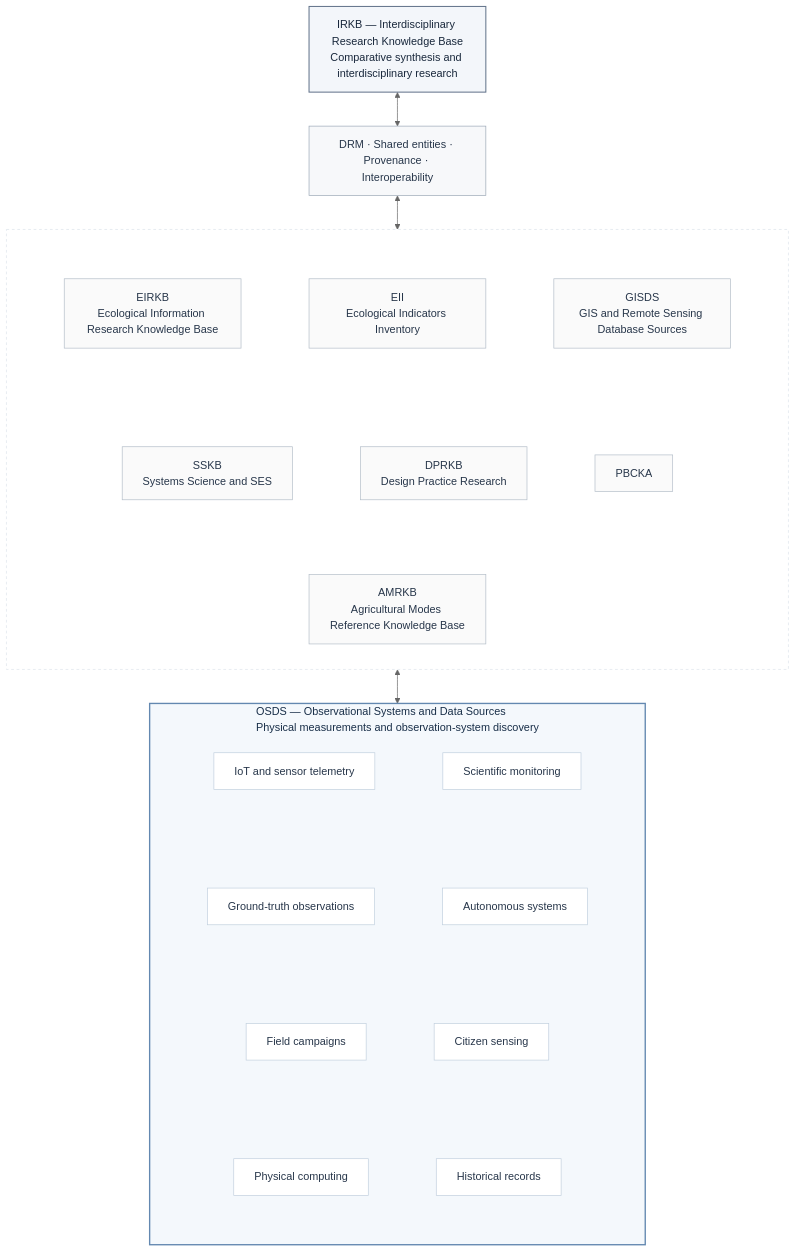
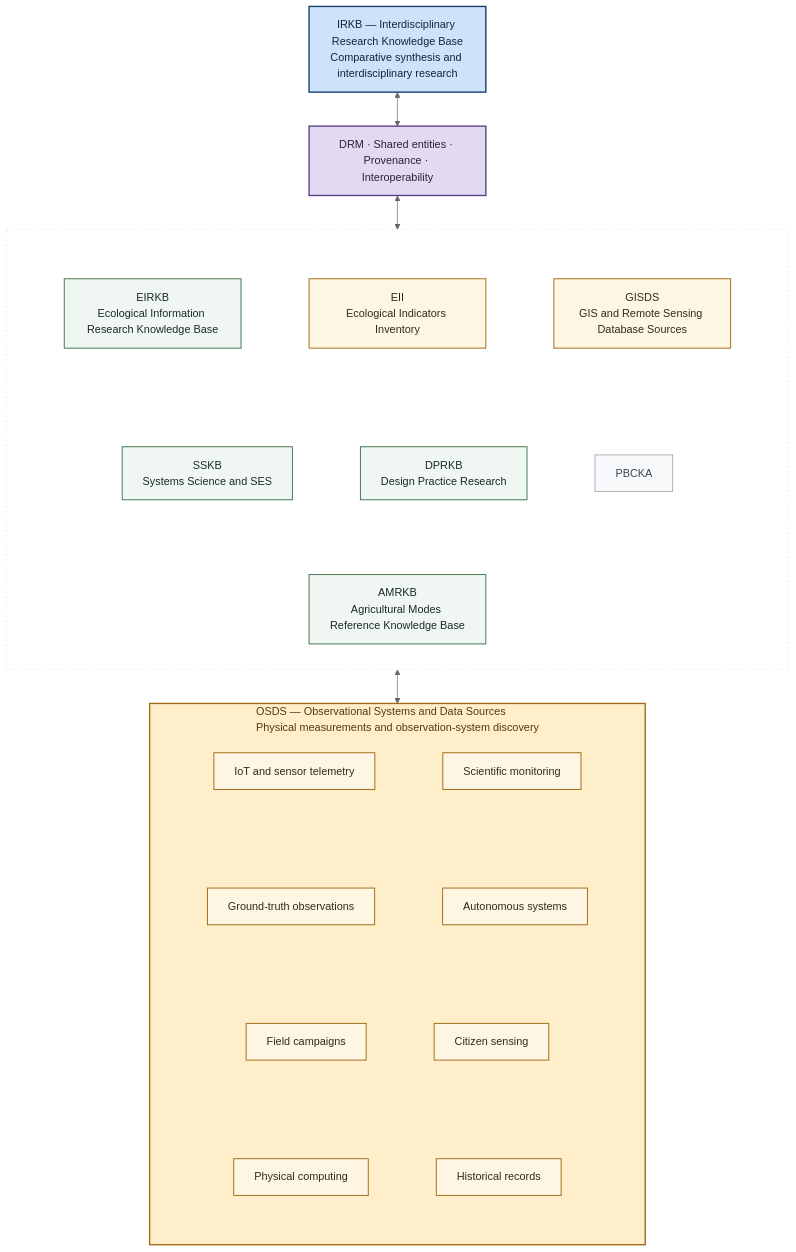
One commit to ecological-interaction/OSDS changed the diagram in assets/diagrams/osds_federation.mmd. Above: the diagram before and after it, drawn with Mermaid (neutral theme). The commit also changed 5 other files, not shown here.

First line of the commit message:
Harmonise OSDS SVG diagram with federation visual style

```diff
--- a/assets/diagrams/osds_federation.mmd
+++ b/assets/diagrams/osds_federation.mmd
@@ -1,93 +1,97 @@
 %% Authoritative diagram source. Fixed-layout hints are consumed by render_osds_federation.py.
 %% Layout hints preserve the explanatory hierarchy in the derived SVG; they do not add graph edges.
 %% @canvas 1200 978
 %% @box IRKB 40 24 1120 108 synthesis
 %% @box DRM 40 164 1120 64 shared
 %% @region NEIGHBOURS 24 245 1152 290
-%% @box EIRKB 40 260 350 80 neighbour
-%% @box EII 425 260 350 80 neighbour
-%% @box GISDS 810 260 350 80 neighbour
-%% @box SSKB 40 360 350 80 neighbour
-%% @box DPRKB 425 360 350 80 neighbour
-%% @box PBCKA 810 360 350 80 neighbour
-%% @box AMRKB 400 460 400 60 neighbour
+%% @box EIRKB 40 260 350 80 knowledgecard
+%% @box EII 425 260 350 80 sourcecard
+%% @box GISDS 810 260 350 80 sourcecard
+%% @box SSKB 40 360 350 80 knowledgecard
+%% @box DPRKB 425 360 350 80 knowledgecard
+%% @box PBCKA 810 360 350 80 neutral
+%% @box AMRKB 400 460 400 60 knowledgecard
 %% @container OSDS 40 565 1120 355 observation
 %% @box C01 70 650 515 46 category
 %% @box C02 615 650 515 46 category
 %% @box C03 70 712 515 46 category
 %% @box C04 615 712 515 46 category
 %% @box C05 70 774 515 46 category
 %% @box C06 615 774 515 46 category
 %% @box C07 70 836 515 46 category
 %% @box C08 615 836 515 46 category
 %% @note 600 954 Conceptual relationships; not a claim that automated integrations already exist.
 flowchart TB
     IRKB["IRKB — Interdisciplinary Research Knowledge Base<br/>Comparative synthesis and interdisciplinary research"]
     DRM["DRM · Shared entities · Provenance · Interoperability"]
     subgraph NEIGHBOURS[" "]
         direction TB
         subgraph ROW1[" "]
             direction LR
             EIRKB["EIRKB<br/>Ecological Information Research Knowledge Base"]
             EII["EII<br/>Ecological Indicators Inventory"]
             GISDS["GISDS<br/>GIS and Remote Sensing Database Sources"]
             EIRKB ~~~ EII ~~~ GISDS
         end
         subgraph ROW2[" "]
             direction LR
             SSKB["SSKB<br/>Systems Science and SES"]
             DPRKB["DPRKB<br/>Design Practice Research"]
             PBCKA["PBCKA"]
             SSKB ~~~ DPRKB ~~~ PBCKA
         end
         AMRKB["AMRKB<br/>Agricultural Modes Reference Knowledge Base"]
         ROW1 ~~~ ROW2 ~~~ AMRKB
     end
     subgraph OSDS["OSDS — Observational Systems and Data Sources<br/>Physical measurements and observation-system discovery"]
         direction TB
         subgraph OBS1[" "]
             direction LR
             C01["IoT and sensor telemetry"]
             C02["Scientific monitoring"]
             C01 ~~~ C02
         end
         subgraph OBS2[" "]
             direction LR
             C03["Ground-truth observations"]
             C04["Autonomous systems"]
             C03 ~~~ C04
         end
         subgraph OBS3[" "]
             direction LR
             C05["Field campaigns"]
             C06["Citizen sensing"]
             C05 ~~~ C06
         end
         subgraph OBS4[" "]
             direction LR
             C07["Physical computing"]
             C08["Historical records"]
             C07 ~~~ C08
         end
         OBS1 ~~~ OBS2 ~~~ OBS3 ~~~ OBS4
     end
     IRKB <--> DRM
     DRM <--> NEIGHBOURS
     NEIGHBOURS <--> OSDS
-    classDef synthesis fill:#f3f6fa,stroke:#62738a,stroke-width:1.5px,color:#18273b;
-    classDef shared fill:#f7f8fa,stroke:#9aa6b5,color:#27364a;
-    classDef neighbour fill:#fafafa,stroke:#b3bdc8,color:#27364a;
-    classDef observation fill:#f4f8fc,stroke:#6388b0,stroke-width:2px,color:#182e48;
-    classDef category fill:#ffffff,stroke:#c1cfde,color:#27364a;
+    classDef synthesis fill:#cce3f9,stroke:#173b6b,stroke-width:2px,color:#15243d;
+    classDef shared fill:#e1daf0,stroke:#574087,stroke-width:2px,color:#29223e;
+    classDef knowledgecard fill:#f0f7f2,stroke:#41744d,stroke-width:1.4px,color:#172b24;
+    classDef sourcecard fill:#fef6e3,stroke:#a16a16,stroke-width:1.4px,color:#302b20;
+    classDef neutral fill:#f8f9fa,stroke:#99a4b0,stroke-width:1.2px,color:#3a4656;
+    classDef observation fill:#feeec9,stroke:#a16a16,stroke-width:2px,color:#543a13;
+    classDef category fill:#fef6e3,stroke:#a16a16,stroke-width:1.4px,color:#302b20;
     class IRKB synthesis;
     class DRM shared;
-    class EIRKB,EII,GISDS,SSKB,DPRKB,PBCKA,AMRKB neighbour;
+    class EIRKB,SSKB,DPRKB,AMRKB knowledgecard;
+    class EII,GISDS sourcecard;
+    class PBCKA neutral;
     class OSDS observation;
     class C01,C02,C03,C04,C05,C06,C07,C08 category;
-    style NEIGHBOURS fill:#ffffff,stroke:#dce3eb,stroke-dasharray:4 4
+    style NEIGHBOURS fill:none,stroke:#d5dce4,stroke-dasharray:2 5
     style ROW1 fill:none,stroke:none
     style ROW2 fill:none,stroke:none
     style OBS1 fill:none,stroke:none
     style OBS2 fill:none,stroke:none
     style OBS3 fill:none,stroke:none
     style OBS4 fill:none,stroke:none
```
